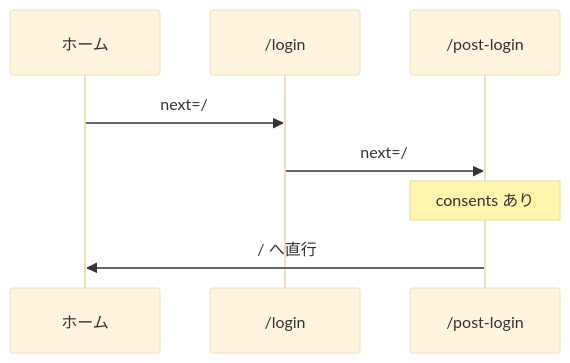
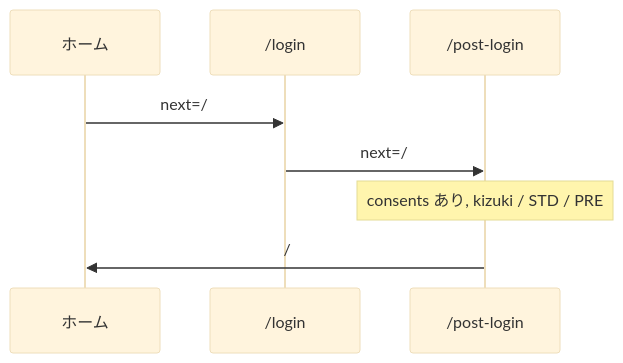
Before and after one commit to Tatsuro-Ikawa/project-02-manabiba: the ninth of 15 diagrams in docs/manabiba_01/04_SUBSCRIPTION_STATE_TRANSITIONS.md, drawn with Mermaid (base theme). The commit also changed other lines of this file and 26 other files, not shown here.

````diff
--- a/docs/manabiba_01/04_SUBSCRIPTION_STATE_TRANSITIONS.md
+++ b/docs/manabiba_01/04_SUBSCRIPTION_STATE_TRANSITIONS.md
@@ -154,11 +308,11 @@
 ```mermaid
 sequenceDiagram
   participant H as ホーム
   participant L as /login
   participant P as /post-login
 
   H->>L: next=/
   L->>P: next=/
-  Note over P: consents あり
-  P->>H: / へ直行
+  Note over P: consents あり, kizuki / STD / PRE
+  P->>H: /
 ```
````
